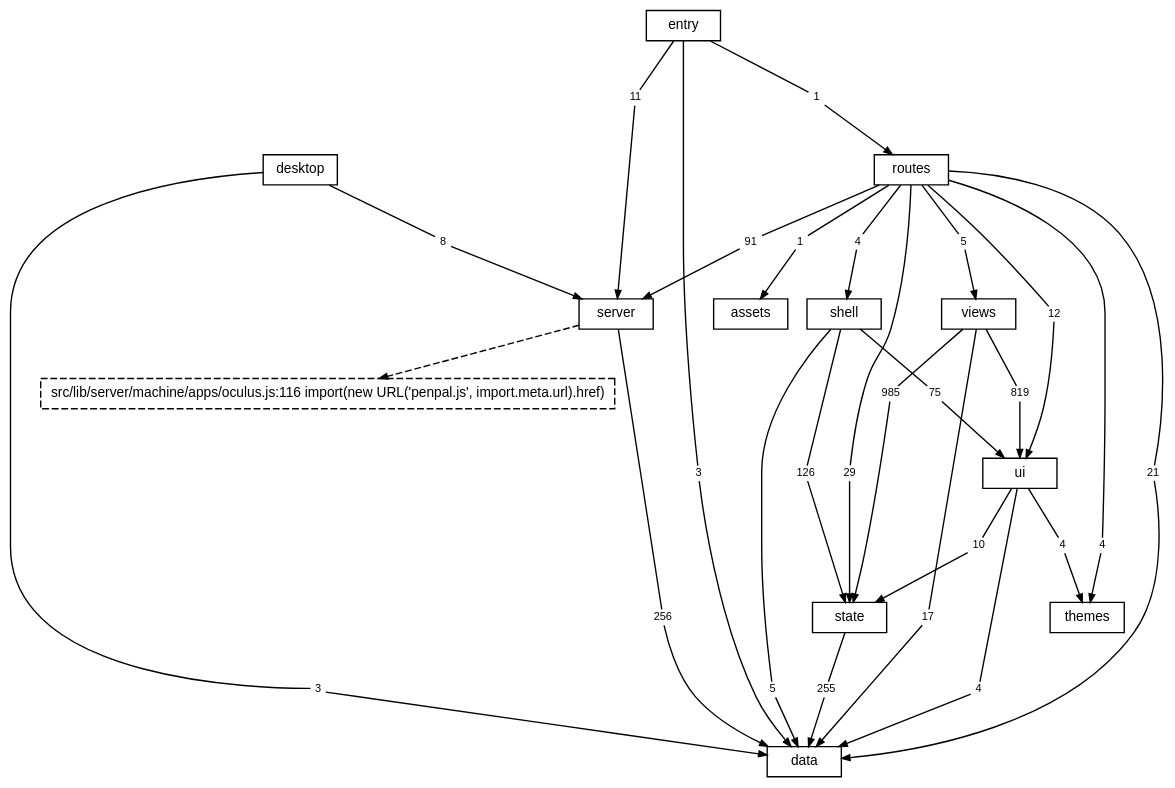
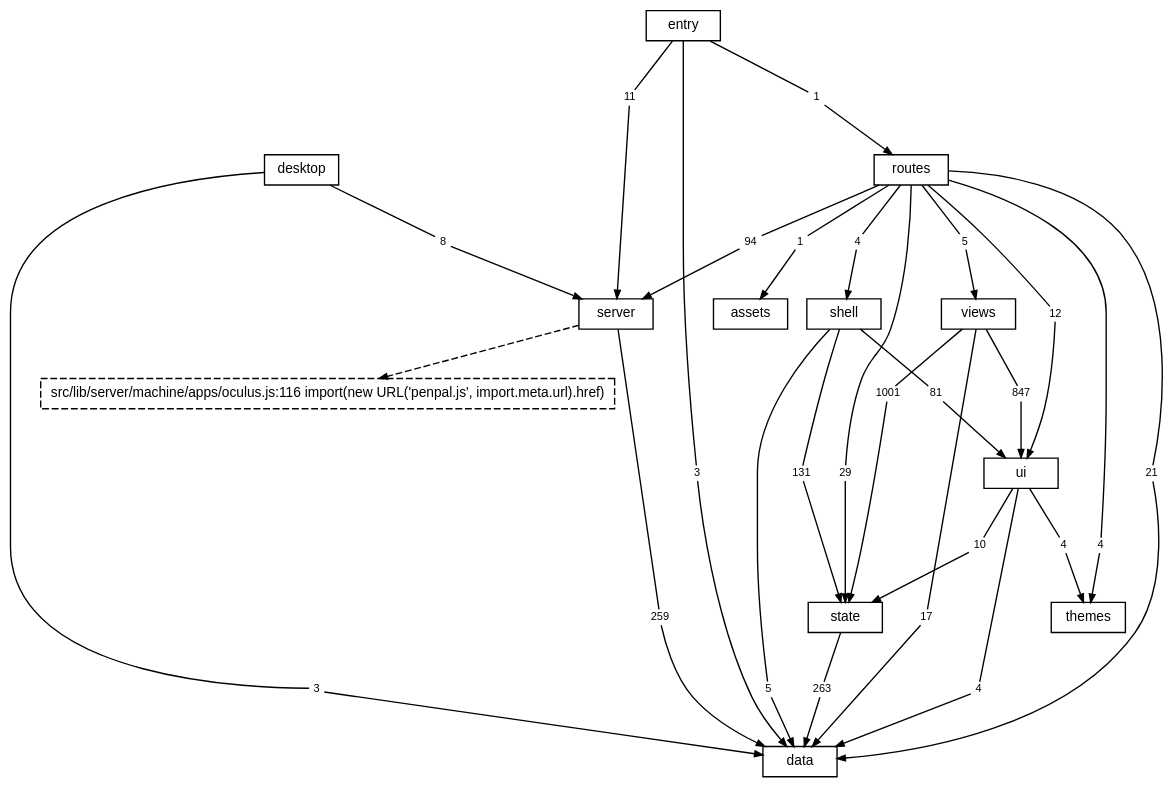
One commit to TheAxeC/oculus changed the diagram in docs/diagrams/layers.dot. Above: the diagram before and after it, drawn with Graphviz. The commit also changed 110 other files, not shown here.

```diff
--- a/docs/diagrams/layers.dot
+++ b/docs/diagrams/layers.dot
@@ -1,90 +1,90 @@
 digraph layers {
     graph [bgcolor="transparent", rankdir=TB, newrank=true, fontname="Helvetica,Arial,sans-serif", fontsize=12, nodesep=0.2, ranksep=0.5];
     node [shape=box, color="black", fontcolor="black", fontname="Helvetica,Arial,sans-serif", fontsize=10, height=0.3, margin="0.12,0.04"];
     edge [color="black", fontcolor="black", fontname="Helvetica,Arial,sans-serif", fontsize=8, arrowsize=0.6];
     "data";
     "server";
     "state";
     "ui";
     "shell";
     "views";
     "themes";
     "routes";
     "desktop";
     "src" [label="entry"];
     "files: assets" [label="assets"];
     "? src/lib/server/machine/apps/oculus.js:116" [label="src/lib/server/machine/apps/oculus.js:116 import(new URL('penpal.js', import.meta.url).href)", style=dashed];
     "desktop to data" [label="3", shape=box, color="transparent", fontsize=8, width=0, height=0, margin="0.04,0.02"];
     "desktop" -> "desktop to data" [arrowhead=none];
     "desktop to data" -> "data" [];
     "desktop to server" [label="8", shape=box, color="transparent", fontsize=8, width=0, height=0, margin="0.04,0.02"];
     "desktop" -> "desktop to server" [arrowhead=none];
     "desktop to server" -> "server" [];
     "routes to data" [label="21", shape=box, color="transparent", fontsize=8, width=0, height=0, margin="0.04,0.02"];
     "routes" -> "routes to data" [arrowhead=none];
     "routes to data" -> "data" [];
     "routes to files: assets" [label="1", shape=box, color="transparent", fontsize=8, width=0, height=0, margin="0.04,0.02"];
     "routes" -> "routes to files: assets" [arrowhead=none];
     "routes to files: assets" -> "files: assets" [];
-    "routes to server" [label="91", shape=box, color="transparent", fontsize=8, width=0, height=0, margin="0.04,0.02"];
+    "routes to server" [label="94", shape=box, color="transparent", fontsize=8, width=0, height=0, margin="0.04,0.02"];
     "routes" -> "routes to server" [arrowhead=none];
     "routes to server" -> "server" [];
     "routes to shell" [label="4", shape=box, color="transparent", fontsize=8, width=0, height=0, margin="0.04,0.02"];
     "routes" -> "routes to shell" [arrowhead=none];
     "routes to shell" -> "shell" [];
     "routes to state" [label="29", shape=box, color="transparent", fontsize=8, width=0, height=0, margin="0.04,0.02"];
     "routes" -> "routes to state" [arrowhead=none];
     "routes to state" -> "state" [];
     "routes to themes" [label="4", shape=box, color="transparent", fontsize=8, width=0, height=0, margin="0.04,0.02"];
     "routes" -> "routes to themes" [arrowhead=none];
     "routes to themes" -> "themes" [];
     "routes to ui" [label="12", shape=box, color="transparent", fontsize=8, width=0, height=0, margin="0.04,0.02"];
     "routes" -> "routes to ui" [arrowhead=none];
     "routes to ui" -> "ui" [];
     "routes to views" [label="5", shape=box, color="transparent", fontsize=8, width=0, height=0, margin="0.04,0.02"];
     "routes" -> "routes to views" [arrowhead=none];
     "routes to views" -> "views" [];
-    "server to data" [label="256", shape=box, color="transparent", fontsize=8, width=0, height=0, margin="0.04,0.02"];
+    "server to data" [label="259", shape=box, color="transparent", fontsize=8, width=0, height=0, margin="0.04,0.02"];
     "server" -> "server to data" [arrowhead=none];
     "server to data" -> "data" [];
     "shell to data" [label="5", shape=box, color="transparent", fontsize=8, width=0, height=0, margin="0.04,0.02"];
     "shell" -> "shell to data" [arrowhead=none];
     "shell to data" -> "data" [];
-    "shell to state" [label="126", shape=box, color="transparent", fontsize=8, width=0, height=0, margin="0.04,0.02"];
+    "shell to state" [label="131", shape=box, color="transparent", fontsize=8, width=0, height=0, margin="0.04,0.02"];
     "shell" -> "shell to state" [arrowhead=none];
     "shell to state" -> "state" [];
-    "shell to ui" [label="75", shape=box, color="transparent", fontsize=8, width=0, height=0, margin="0.04,0.02"];
+    "shell to ui" [label="81", shape=box, color="transparent", fontsize=8, width=0, height=0, margin="0.04,0.02"];
     "shell" -> "shell to ui" [arrowhead=none];
     "shell to ui" -> "ui" [];
     "src to data" [label="3", shape=box, color="transparent", fontsize=8, width=0, height=0, margin="0.04,0.02"];
     "src" -> "src to data" [arrowhead=none];
     "src to data" -> "data" [];
     "src to routes" [label="1", shape=box, color="transparent", fontsize=8, width=0, height=0, margin="0.04,0.02"];
     "src" -> "src to routes" [arrowhead=none];
     "src to routes" -> "routes" [];
     "src to server" [label="11", shape=box, color="transparent", fontsize=8, width=0, height=0, margin="0.04,0.02"];
     "src" -> "src to server" [arrowhead=none];
     "src to server" -> "server" [];
-    "state to data" [label="255", shape=box, color="transparent", fontsize=8, width=0, height=0, margin="0.04,0.02"];
+    "state to data" [label="263", shape=box, color="transparent", fontsize=8, width=0, height=0, margin="0.04,0.02"];
     "state" -> "state to data" [arrowhead=none];
     "state to data" -> "data" [];
     "ui to data" [label="4", shape=box, color="transparent", fontsize=8, width=0, height=0, margin="0.04,0.02"];
     "ui" -> "ui to data" [arrowhead=none];
     "ui to data" -> "data" [];
     "ui to state" [label="10", shape=box, color="transparent", fontsize=8, width=0, height=0, margin="0.04,0.02"];
     "ui" -> "ui to state" [arrowhead=none];
     "ui to state" -> "state" [];
     "ui to themes" [label="4", shape=box, color="transparent", fontsize=8, width=0, height=0, margin="0.04,0.02"];
     "ui" -> "ui to themes" [arrowhead=none];
     "ui to themes" -> "themes" [];
     "views to data" [label="17", shape=box, color="transparent", fontsize=8, width=0, height=0, margin="0.04,0.02"];
     "views" -> "views to data" [arrowhead=none];
     "views to data" -> "data" [];
-    "views to state" [label="985", shape=box, color="transparent", fontsize=8, width=0, height=0, margin="0.04,0.02"];
+    "views to state" [label="1001", shape=box, color="transparent", fontsize=8, width=0, height=0, margin="0.04,0.02"];
     "views" -> "views to state" [arrowhead=none];
     "views to state" -> "state" [];
-    "views to ui" [label="819", shape=box, color="transparent", fontsize=8, width=0, height=0, margin="0.04,0.02"];
+    "views to ui" [label="847", shape=box, color="transparent", fontsize=8, width=0, height=0, margin="0.04,0.02"];
     "views" -> "views to ui" [arrowhead=none];
     "views to ui" -> "ui" [];
     "server" -> "? src/lib/server/machine/apps/oculus.js:116" [style=dashed];
 }
```
